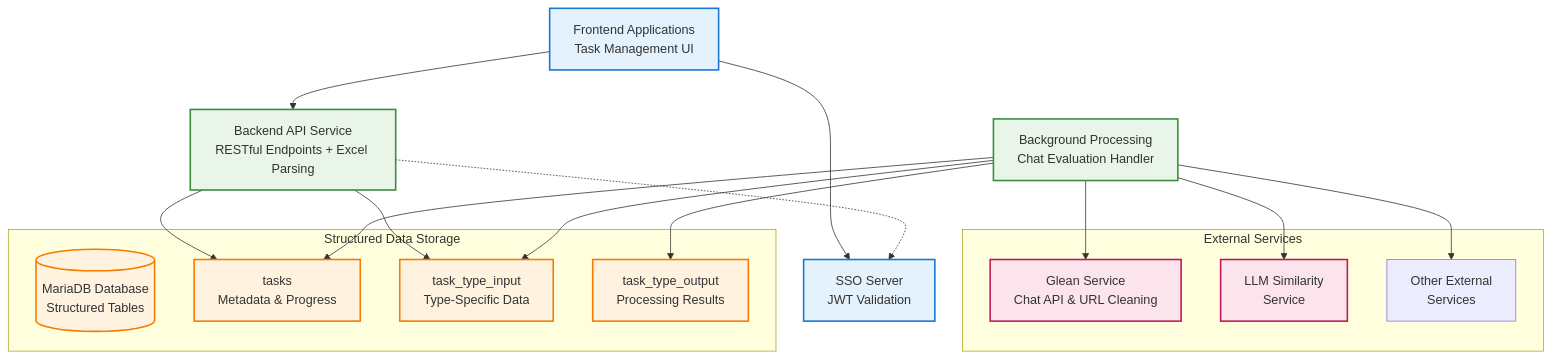
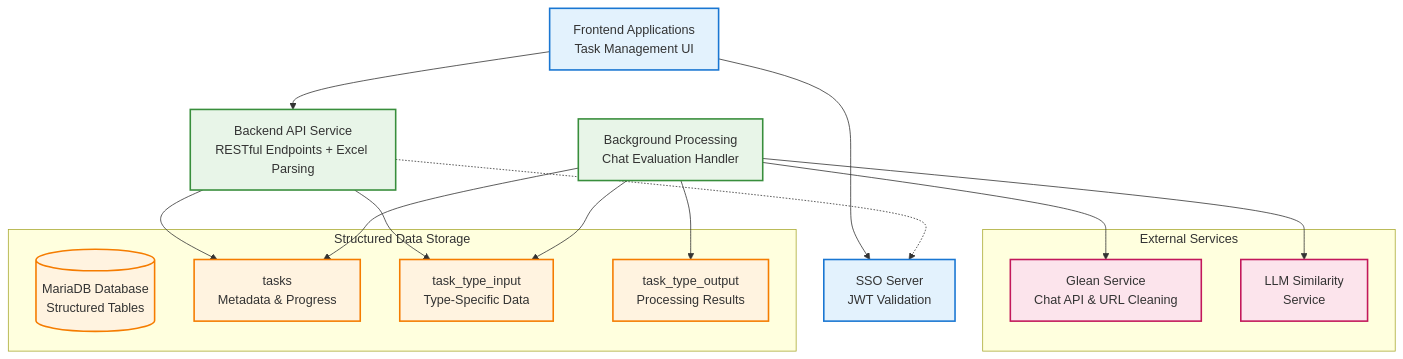
Before and after one commit to andrewhzy/SpringHttpClientDataJpaDemo: the first of 3 diagrams in docs/README-SHORT.md, drawn with Mermaid. The commit also changed other lines of this file and 5 other files, not shown here.

````diff
--- a/docs/README-SHORT.md
+++ b/docs/README-SHORT.md
@@ -11,49 +11,47 @@
 ```mermaid
 graph TB
     %% User Interface Layer
     FE[Frontend Applications<br/>Task Management UI]
     SSO[SSO Server<br/>JWT Validation]
     
     %% Core Services
     API[Backend API Service<br/>RESTful Endpoints + Excel Parsing]
     BGP[Background Processing<br/>Chat Evaluation Handler]
     
     %% External Services
     subgraph "External Services"
         Glean[Glean Service<br/>Chat API & URL Cleaning]
         LLM[LLM Similarity<br/>Service]
-        Other[Other External<br/>Services]
     end
     
     %% Data Layer - Structured Storage
     subgraph "Structured Data Storage"
         DB[(MariaDB Database<br/>Structured Tables)]
         TasksTable[tasks<br/>Metadata & Progress]
         TaskInput[task_type_input<br/>Type-Specific Data]
         TaskOutput[task_type_output<br/>Processing Results]
     end
     
     %% High-level connections
     FE --> API
     FE --> SSO
     API -.-> SSO
     API --> TasksTable
     API --> TaskInput
     BGP --> TasksTable
     BGP --> TaskInput
     BGP --> TaskOutput
     BGP --> Glean
     BGP --> LLM
-    BGP --> Other
     
     %% Styling
     classDef frontend fill:#e3f2fd,stroke:#1976d2,stroke-width:2px
     classDef backend fill:#e8f5e8,stroke:#388e3c,stroke-width:2px
     classDef external fill:#fce4ec,stroke:#c2185b,stroke-width:2px
     classDef database fill:#fff3e0,stroke:#f57c00,stroke-width:2px
     
     class FE,SSO frontend
     class API,BGP backend
     class Glean,LLM external
     class DB,TasksTable,TaskInput,TaskOutput database
 ```
````
